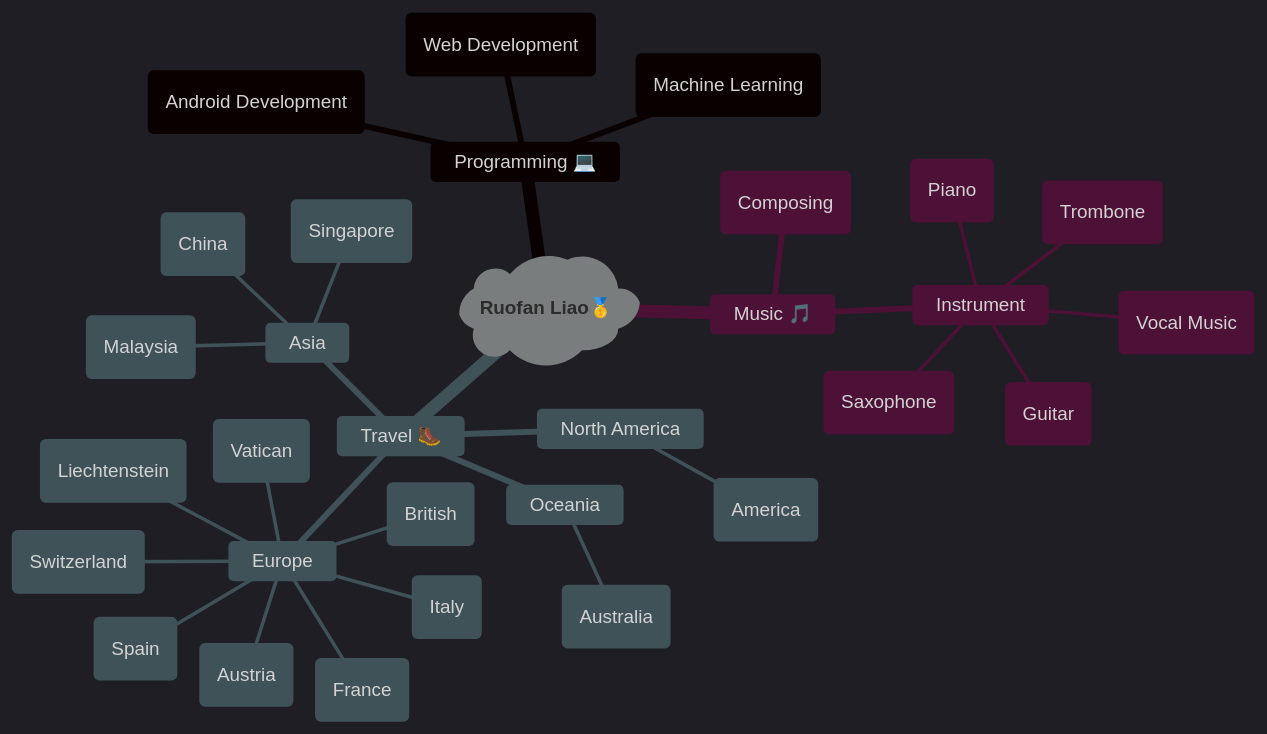
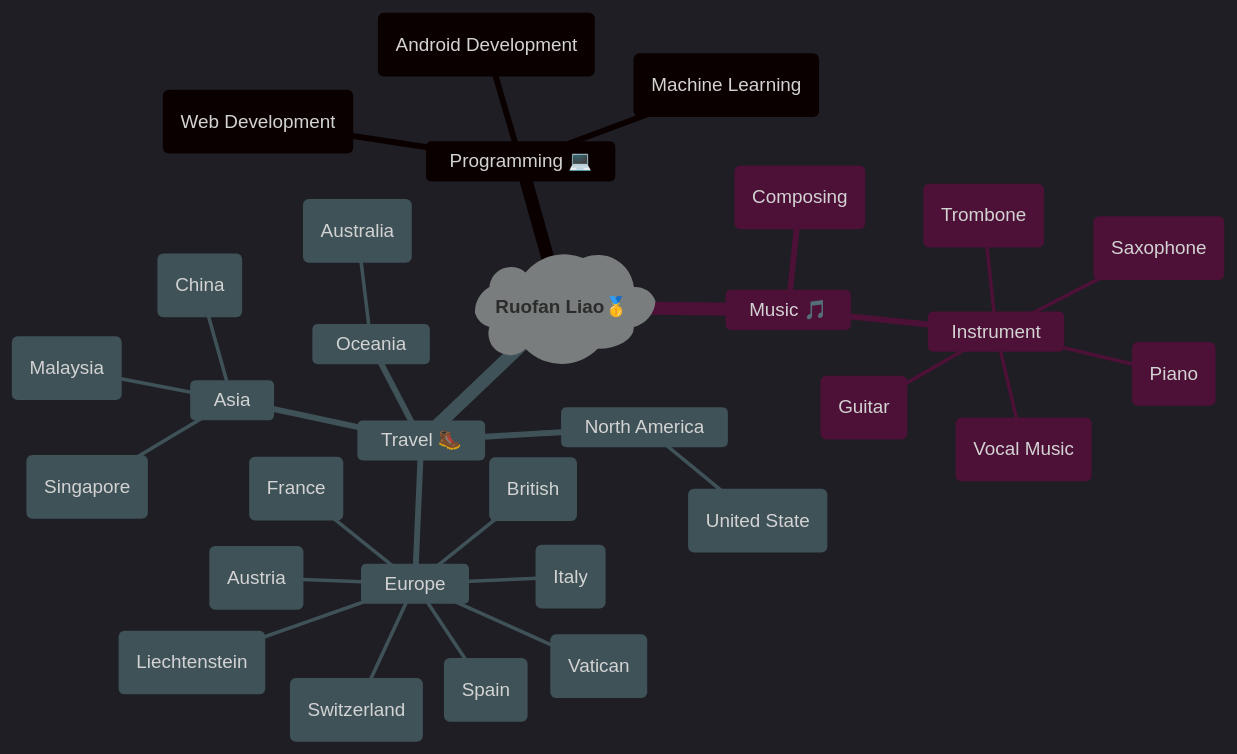
One commit to LLLLLrf/LLLLLrf changed the diagram in README.md. Above: the diagram before and after it, drawn with Mermaid.

````diff
--- a/README.md
+++ b/README.md
@@ -146,36 +146,36 @@
 ```mermaid
 %%{init: {'theme': 'dark'}}%%
 
 mindmap
   root)**Ruofan Liao**🥇(
     Programming 💻
       (Web Development)
       (Android Development)
       (Machine Learning)
     Music 🎵
       (Composing)
       Instrument
         (Trombone)
         (Saxophone)
         (Guitar)
         (Piano)
         (Vocal Music)
     Travel 🥾
       Europe
          (British)
          (France)
          (Italy)
          (Switzerland)
          (Austria)
          (Spain)
          (Vatican)
          (Liechtenstein)
       North America
-         (America)
+         (United State)
       Oceania
          (Australia)
       Asia
          (Malaysia)
          (Singapore)
          (China)
 ```
````
